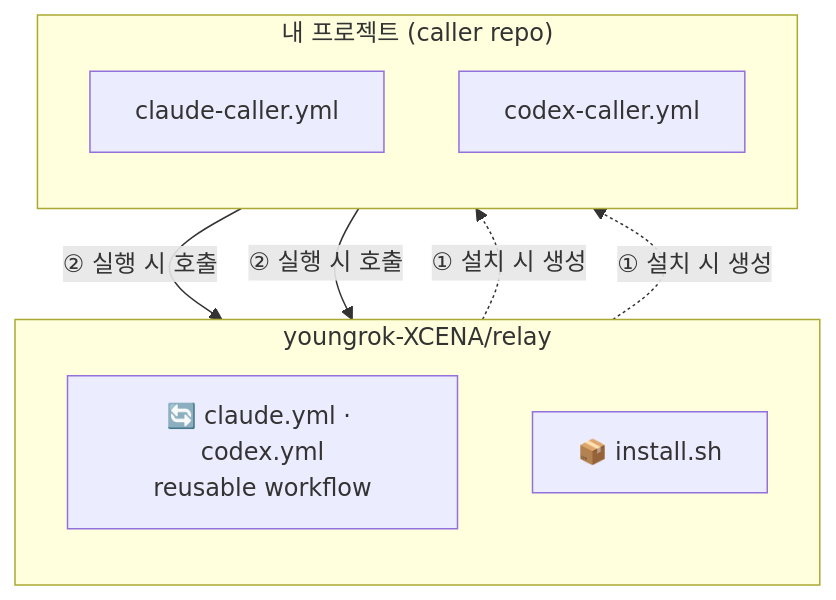
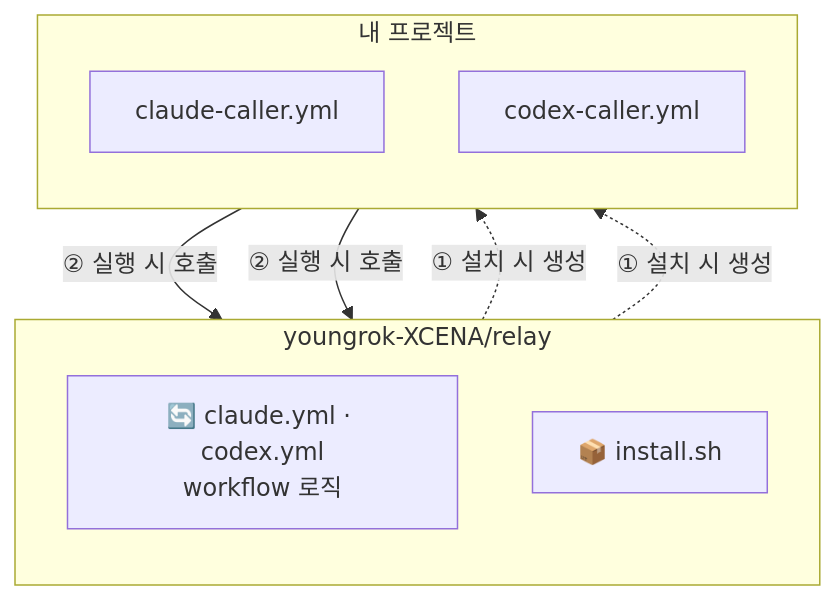
Before and after one commit to youngrok-XCENA/relay: the first of 2 diagrams in README.md, drawn with Mermaid. The commit also changed other lines of this file and 9 other files, not shown here.

````diff
--- a/README.md
+++ b/README.md
@@ -69,19 +68,19 @@
 ```mermaid
 graph TB
     subgraph central["youngrok-XCENA/relay"]
         direction TB
-        CW["🔄 claude.yml · codex.yml<br/>reusable workflow"]
+        CW["🔄 claude.yml · codex.yml<br/>workflow 로직"]
         IS["📦 install.sh"]
     end
 
-    subgraph target["내 프로젝트 (caller repo)"]
+    subgraph target["내 프로젝트"]
         direction TB
         CC["claude-caller.yml"]
         XC["codex-caller.yml"]
     end
 
     IS -.->|"① 설치 시 생성"| CC
     IS -.->|"① 설치 시 생성"| XC
     CC -->|"② 실행 시 호출"| CW
     XC -->|"② 실행 시 호출"| CW
 ```
````
